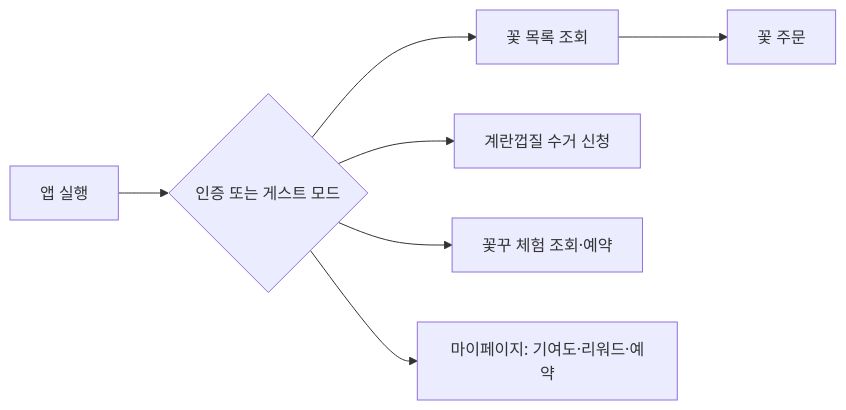
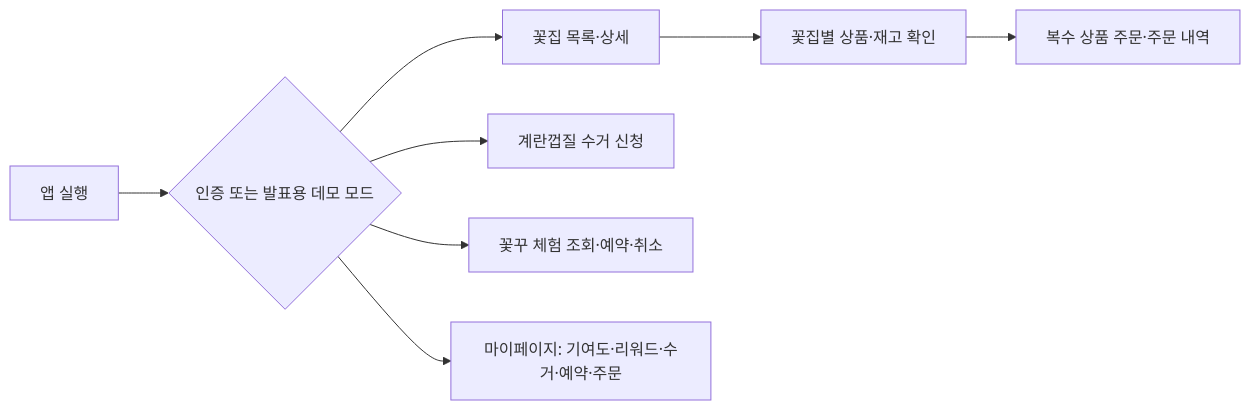
One commit to PNU-2026-AI-Hackathon/pnuai-b-04-Dalmegg changed the third of 5 diagrams in README.md. Above: the diagram before and after it, drawn with Mermaid. The commit also changed other lines of this file and 10 other files, not shown here.

````diff
--- a/README.md
+++ b/README.md
@@ -177,9 +177,10 @@
 ```mermaid
 flowchart LR
-  A[앱 실행] --> B{인증 또는 게스트 모드}
-  B --> C[꽃 목록 조회]
-  C --> D[꽃 주문]
+  A[앱 실행] --> B{인증 또는 발표용 데모 모드}
+  B --> C[꽃집 목록·상세]
+  C --> D[꽃집별 상품·재고 확인]
+  D --> H[복수 상품 주문·주문 내역]
   B --> E[계란껍질 수거 신청]
-  B --> F[꽃꾸 체험 조회·예약]
-  B --> G[마이페이지: 기여도·리워드·예약]
+  B --> F[꽃꾸 체험 조회·예약·취소]
+  B --> G[마이페이지: 기여도·리워드·수거·예약·주문]
 ```
````
